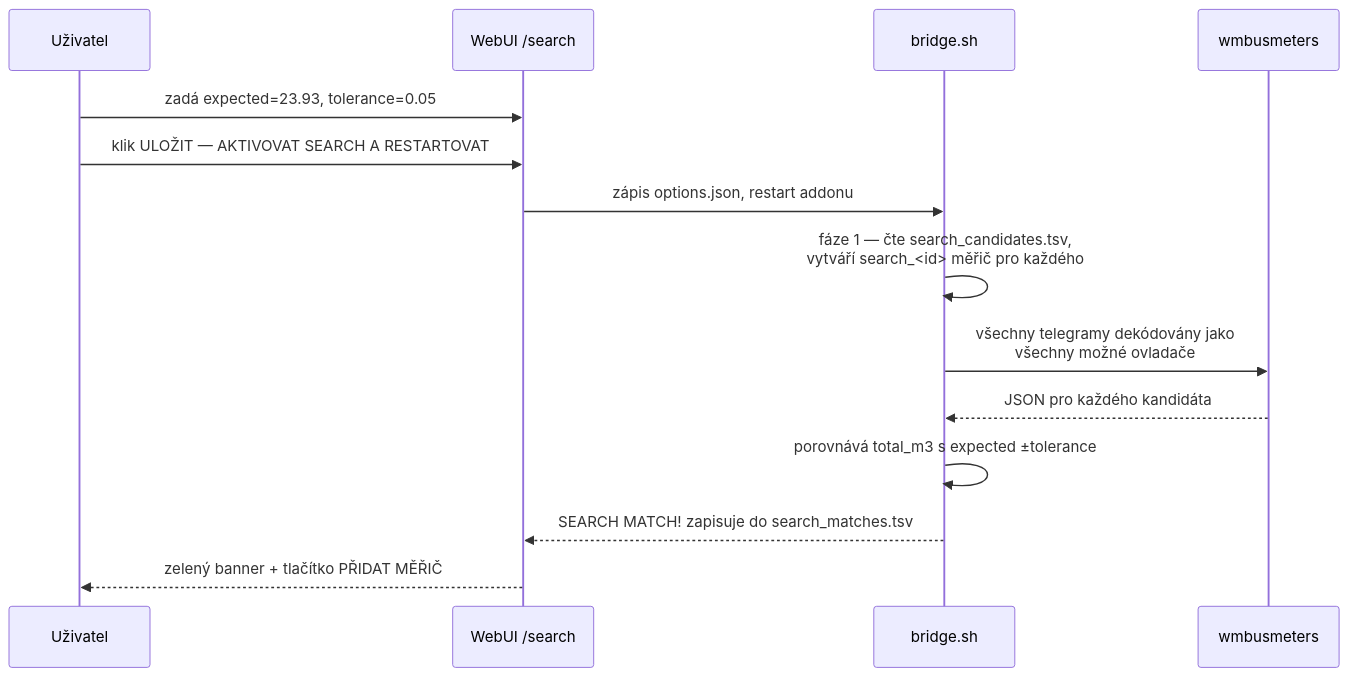
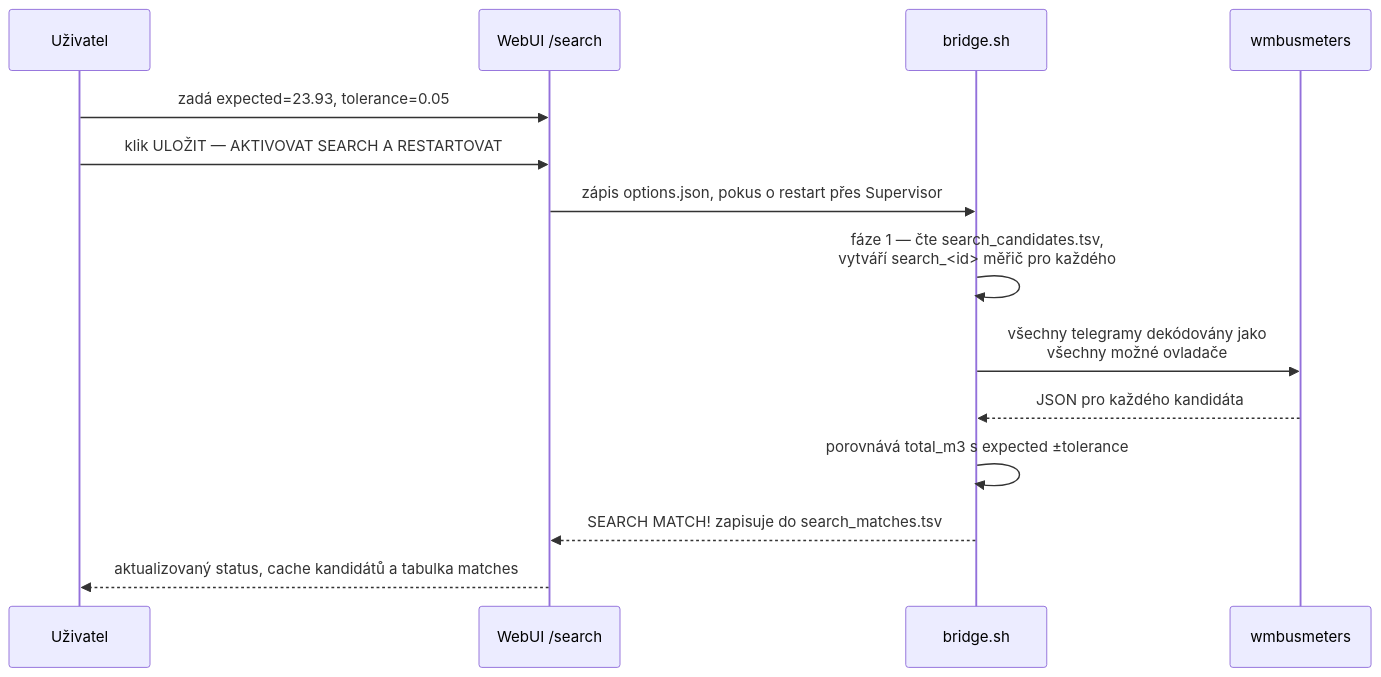
One commit to Kustonium/homeassistant-wmbus-mqtt-bridge-dev changed the fifth of 7 diagrams in docs/README.cs.md. Above: the diagram before and after it, drawn with Mermaid. The commit also changed other lines of this file and 222 other files, not shown here.

````diff
--- a/docs/README.cs.md
+++ b/docs/README.cs.md
@@ -409,17 +409,17 @@
 ```mermaid
 sequenceDiagram
   participant U as Uživatel
   participant W as WebUI /search
   participant B as bridge.sh
   participant WM as wmbusmeters
 
   U->>W: zadá expected=23.93, tolerance=0.05
   U->>W: klik ULOŽIT — AKTIVOVAT SEARCH A RESTARTOVAT
-  W->>B: zápis options.json, restart addonu
+  W->>B: zápis options.json, pokus o restart přes Supervisor
   B->>B: fáze 1 — čte search_candidates.tsv,<br/>vytváří search_<id> měřič pro každého
   B->>WM: všechny telegramy dekódovány jako<br/>všechny možné ovladače
   WM-->>B: JSON pro každého kandidáta
   B->>B: porovnává total_m3 s expected ±tolerance
   B-->>W: SEARCH MATCH! zapisuje do search_matches.tsv
-  W-->>U: zelený banner + tlačítko PŘIDAT MĚŘIČ
+  W-->>U: aktualizovaný status, cache kandidátů a tabulka matches
 ```
````
